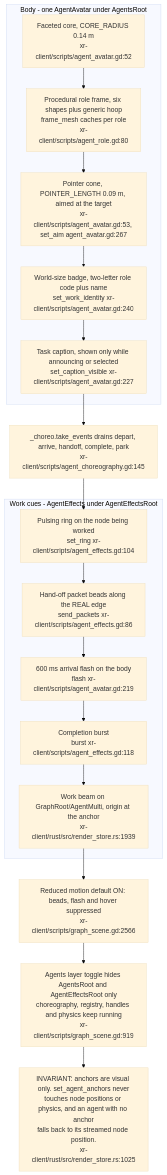
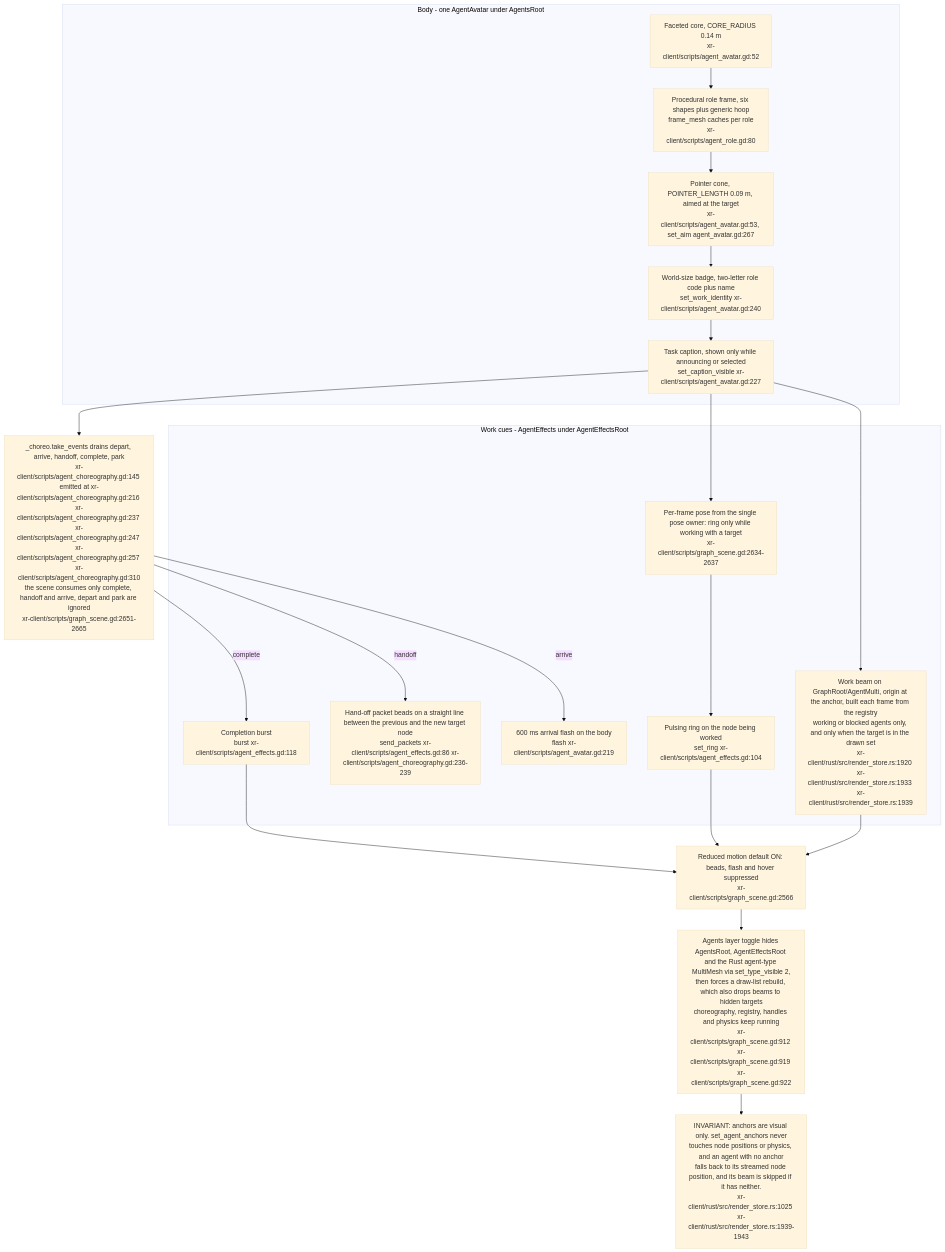
Before and after one commit to DreamLab-AI/VisionFlow: diagram 23 of 26 in docs/diagrams/visionclaw/36-godot-xr-client.md, drawn with Mermaid (base theme). The commit also changed other lines of this file and 4 other files, not shown here.

Commit message:
docs(diagrams): re-read VC-36 claims against the code and catalogue the XR memory-cloud internals as VC-38

````diff
--- a/docs/diagrams/visionclaw/36-godot-xr-client.md
+++ b/docs/diagrams/visionclaw/36-godot-xr-client.md
@@ -1047,25 +1093,32 @@
 ```mermaid
 flowchart TB
     subgraph body["Body - one AgentAvatar under AgentsRoot"]
         CORE["Faceted core, CORE_RADIUS 0.14 m<br/>xr-client/scripts/agent_avatar.gd:52"]
         FRAME["Procedural role frame, six shapes plus generic hoop<br/>frame_mesh caches per role<br/>xr-client/scripts/agent_role.gd:80"]
         PTR["Pointer cone, POINTER_LENGTH 0.09 m, aimed at the target<br/>xr-client/scripts/agent_avatar.gd:53, set_aim agent_avatar.gd:267"]
         BADGE["World-size badge, two-letter role code plus name<br/>set_work_identity xr-client/scripts/agent_avatar.gd:240"]
         CAP["Task caption, shown only while announcing or selected<br/>set_caption_visible xr-client/scripts/agent_avatar.gd:227"]
     end
     subgraph fx["Work cues - AgentEffects under AgentEffectsRoot"]
         RING["Pulsing ring on the node being worked<br/>set_ring xr-client/scripts/agent_effects.gd:104"]
-        BEADS["Hand-off packet beads along the REAL edge<br/>send_packets xr-client/scripts/agent_effects.gd:86"]
+        BEADS["Hand-off packet beads on a straight line between the previous and the new target node<br/>send_packets xr-client/scripts/agent_effects.gd:86 xr-client/scripts/agent_choreography.gd:236-239"]
         FLASH["600 ms arrival flash on the body<br/>flash xr-client/scripts/agent_avatar.gd:219"]
         BURST["Completion burst<br/>burst xr-client/scripts/agent_effects.gd:118"]
-        BEAM["Work beam on GraphRoot/AgentMulti, origin at the anchor<br/>xr-client/rust/src/render_store.rs:1939"]
+        BEAM["Work beam on GraphRoot/AgentMulti, origin at the anchor, built each frame from the registry<br/>working or blocked agents only, and only when the target is in the drawn set<br/>xr-client/rust/src/render_store.rs:1920 xr-client/rust/src/render_store.rs:1933 xr-client/rust/src/render_store.rs:1939"]
+        POSE["Per-frame pose from the single pose owner: ring only while working with a target<br/>xr-client/scripts/graph_scene.gd:2634-2637"]
     end
-    EV["_choreo.take_events drains depart, arrive, handoff, complete, park<br/>xr-client/scripts/agent_choreography.gd:145"]
+    EV["_choreo.take_events drains depart, arrive, handoff, complete, park<br/>xr-client/scripts/agent_choreography.gd:145 emitted at xr-client/scripts/agent_choreography.gd:216 xr-client/scripts/agent_choreography.gd:237 xr-client/scripts/agent_choreography.gd:247 xr-client/scripts/agent_choreography.gd:257 xr-client/scripts/agent_choreography.gd:310<br/>the scene consumes only complete, handoff and arrive, depart and park are ignored<br/>xr-client/scripts/graph_scene.gd:2651-2665"]
     RM["Reduced motion default ON: beads, flash and hover suppressed<br/>xr-client/scripts/graph_scene.gd:2566"]
-    TOG["Agents layer toggle hides AgentsRoot and AgentEffectsRoot only<br/>choreography, registry, handles and physics keep running<br/>xr-client/scripts/graph_scene.gd:919"]
+    TOG["Agents layer toggle hides AgentsRoot, AgentEffectsRoot and the Rust agent-type MultiMesh via set_type_visible 2,<br/>then forces a draw-list rebuild, which also drops beams to hidden targets<br/>choreography, registry, handles and physics keep running<br/>xr-client/scripts/graph_scene.gd:912 xr-client/scripts/graph_scene.gd:919 xr-client/scripts/graph_scene.gd:922"]
     CORE --> FRAME --> PTR --> BADGE --> CAP
     CAP --> EV
-    EV --> RING --> BEADS --> FLASH --> BURST --> BEAM
+    EV -->|"handoff"| BEADS
+    EV -->|"arrive"| FLASH
+    EV -->|"complete"| BURST
+    CAP --> POSE --> RING
+    CAP --> BEAM
+    BURST --> RM
+    RING --> RM
     BEAM --> RM --> TOG
-    TOG --> INV["INVARIANT: anchors are visual only. set_agent_anchors never<br/>touches node positions or physics, and an agent with no anchor<br/>falls back to its streamed node position.<br/>xr-client/rust/src/render_store.rs:1025"]
+    TOG --> INV["INVARIANT: anchors are visual only. set_agent_anchors never<br/>touches node positions or physics, and an agent with no anchor<br/>falls back to its streamed node position, and its beam is skipped if it has neither.<br/>xr-client/rust/src/render_store.rs:1025 xr-client/rust/src/render_store.rs:1939-1943"]
 ```
````
